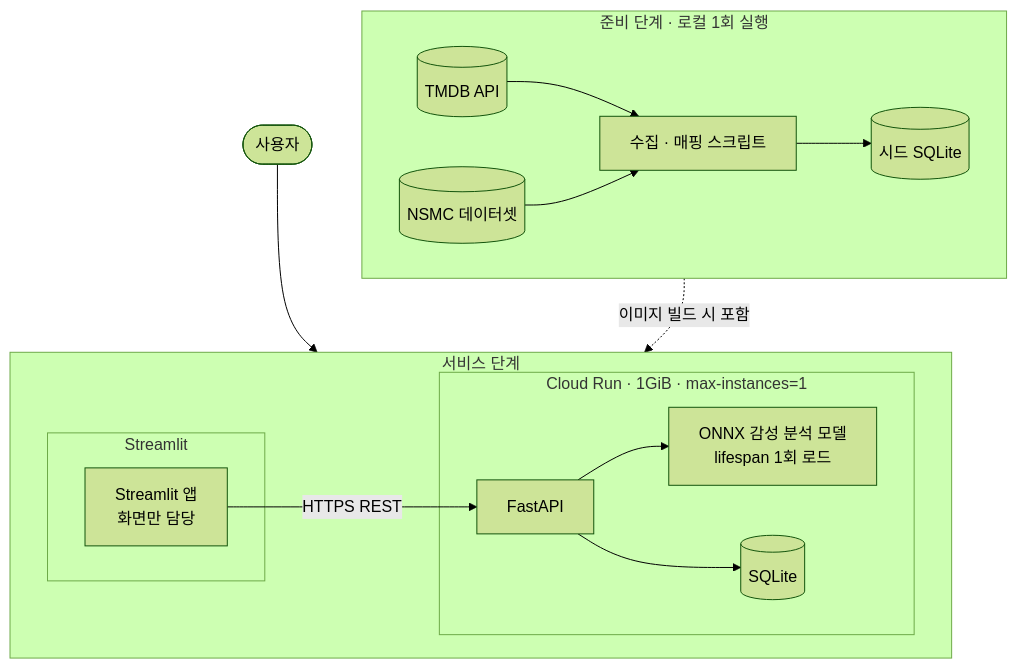
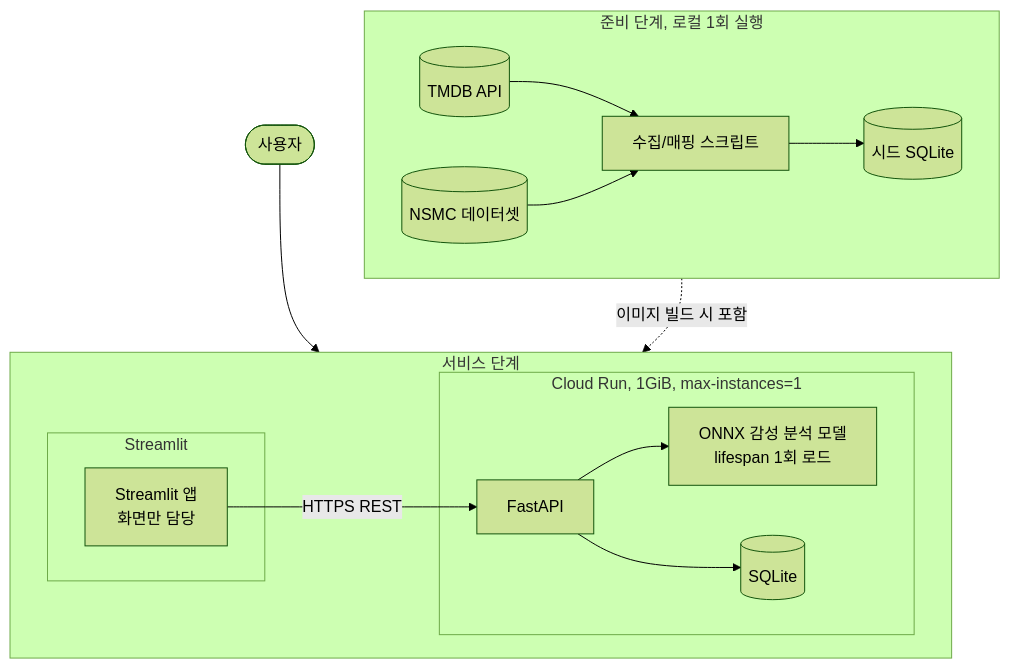
The first of 5 diagrams in mission18/report.md (Yopkigom/codeit-kdt-missions), drawn with Mermaid (forest theme) before and after one commit. The commit also changed other lines of this file and 1 other file, not shown here.

````diff
--- a/mission18/report.md
+++ b/mission18/report.md
@@ -61,32 +61,32 @@
 ```mermaid
 flowchart TB
-    subgraph PREP["준비 단계 · 로컬 1회 실행"]
+    subgraph PREP["준비 단계, 로컬 1회 실행"]
         direction LR
         TMDB[("TMDB API")]
         NSMC[("NSMC 데이터셋")]
-        COLLECT["수집 · 매핑 스크립트"]
+        COLLECT["수집/매핑 스크립트"]
         SEEDDB[("시드 SQLite")]
         TMDB --> COLLECT
         NSMC --> COLLECT
         COLLECT --> SEEDDB
     end
 
     subgraph RUN["서비스 단계"]
         direction LR
         subgraph FE["Streamlit"]
             UI["Streamlit 앱<br/>화면만 담당"]
         end
-        subgraph BE["Cloud Run · 1GiB · max-instances=1"]
+        subgraph BE["Cloud Run, 1GiB, max-instances=1"]
             API["FastAPI"]
             MODEL["ONNX 감성 분석 모델<br/>lifespan 1회 로드"]
             DB[("SQLite")]
             API --> MODEL
             API --> DB
         end
         UI -->|HTTPS REST| API
     end
 
     SEEDDB -.->|이미지 빌드 시 포함| DB
 
     USER(["사용자"]) --> UI
 ```
````
